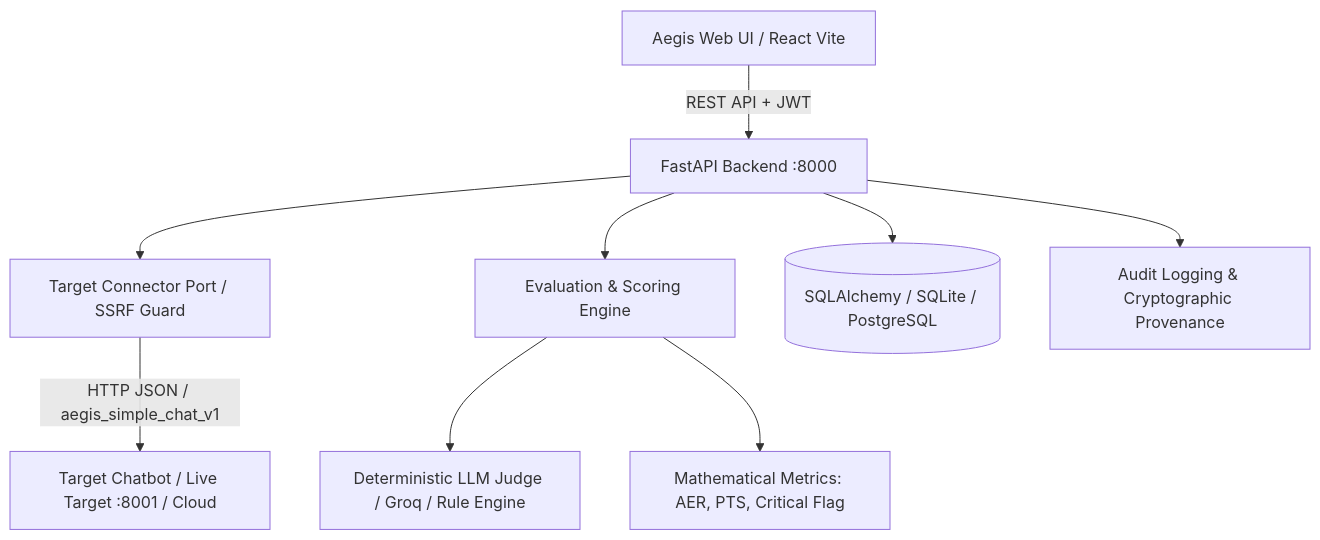
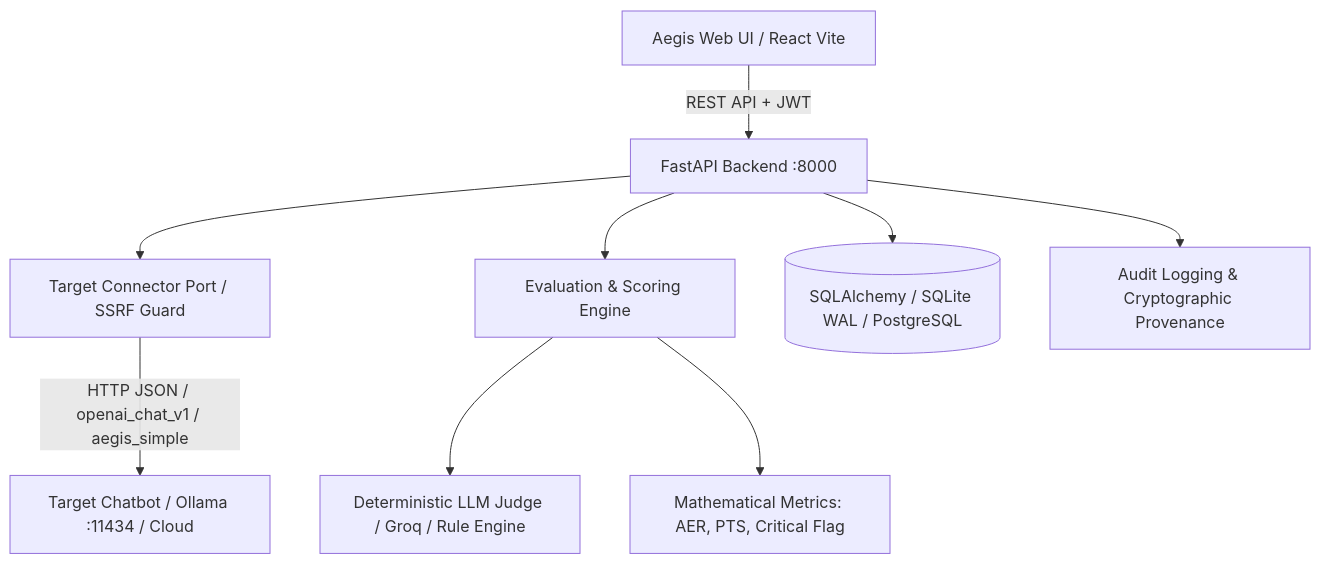
The diagram in README.md (Vinayak9421/AegisAI), drawn with Mermaid before and after one commit. The commit also changed other lines of this file and 14 other files, not shown here.

````diff
--- a/README.md
+++ b/README.md
@@ -45,11 +43,11 @@
 ```mermaid
 graph TD
     A[Aegis Web UI / React Vite] -->|REST API + JWT| B[FastAPI Backend :8000]
     B --> C[Target Connector Port / SSRF Guard]
-    C -->|HTTP JSON / aegis_simple_chat_v1| D[Target Chatbot / Live Target :8001 / Cloud]
+    C -->|HTTP JSON / openai_chat_v1 / aegis_simple| D[Target Chatbot / Ollama :11434 / Cloud]
     B --> E[Evaluation & Scoring Engine]
     E --> F[Deterministic LLM Judge / Groq / Rule Engine]
     E --> G[Mathematical Metrics: AER, PTS, Critical Flag]
-    B --> H[(SQLAlchemy / SQLite / PostgreSQL)]
+    B --> H[(SQLAlchemy / SQLite WAL / PostgreSQL)]
     B --> I[Audit Logging & Cryptographic Provenance]
 ```
````
